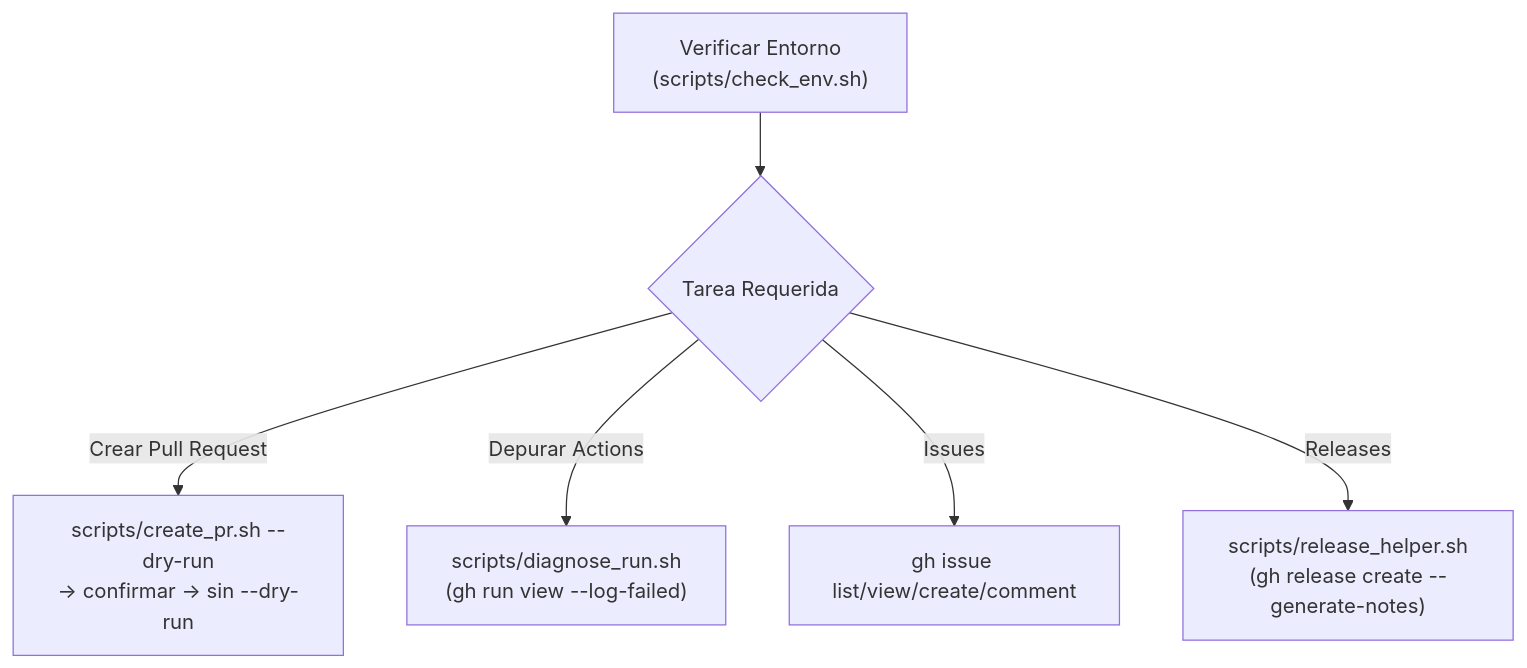
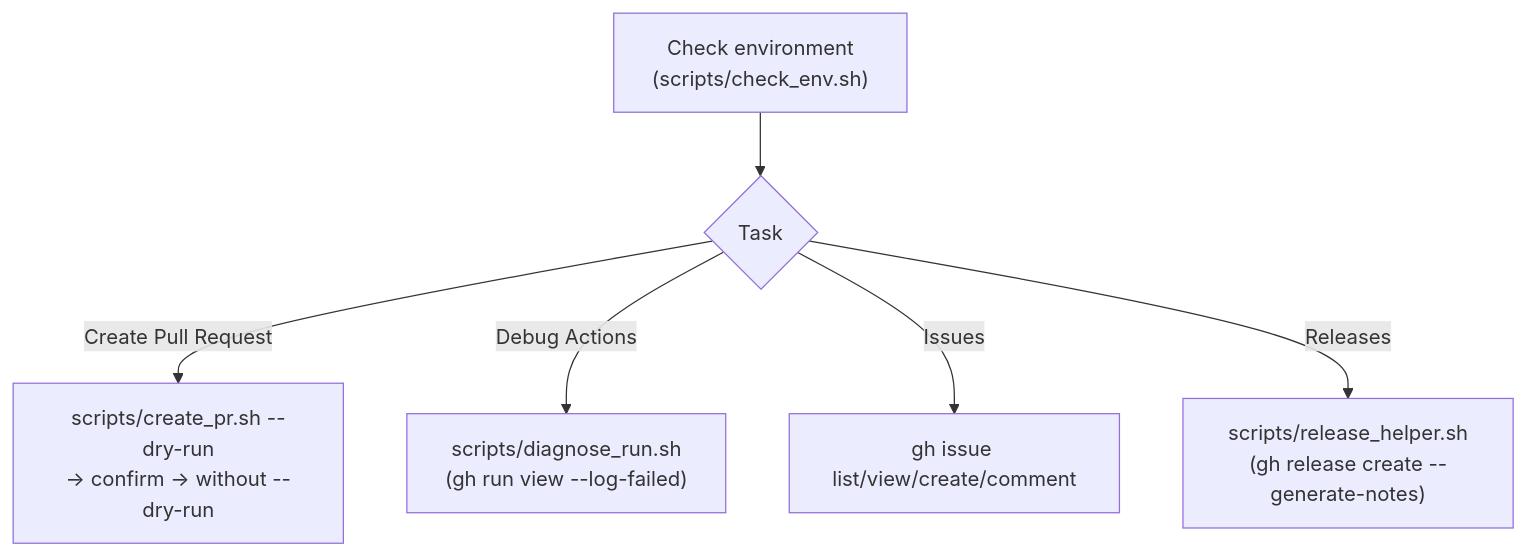
The diagram in skills/git/gh-cli/SKILL.md (bryanus1/agent-skills), drawn with Mermaid before and after one commit. The commit also changed other lines of this file and 17 other files, not shown here.

````diff
--- a/skills/git/gh-cli/SKILL.md
+++ b/skills/git/gh-cli/SKILL.md
@@ -37,8 +40,8 @@
 ```mermaid
 flowchart TD
-    A["Verificar Entorno\n(scripts/check_env.sh)"] --> B{"Tarea Requerida"}
-    B -->|"Crear Pull Request"| C["scripts/create_pr.sh --dry-run\n→ confirmar → sin --dry-run"]
-    B -->|"Depurar Actions"| D["scripts/diagnose_run.sh\n(gh run view --log-failed)"]
+    A["Check environment\n(scripts/check_env.sh)"] --> B{"Task"}
+    B -->|"Create Pull Request"| C["scripts/create_pr.sh --dry-run\n→ confirm → without --dry-run"]
+    B -->|"Debug Actions"| D["scripts/diagnose_run.sh\n(gh run view --log-failed)"]
     B -->|"Issues"| E["gh issue list/view/create/comment"]
     B -->|"Releases"| F["scripts/release_helper.sh\n(gh release create --generate-notes)"]
 ```
````
